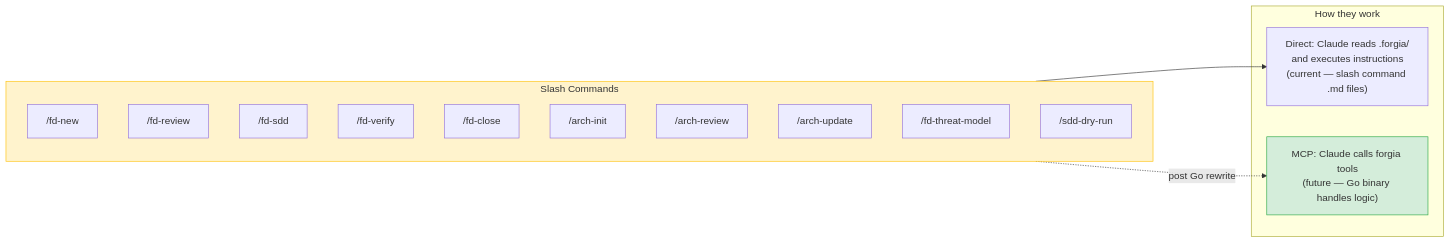
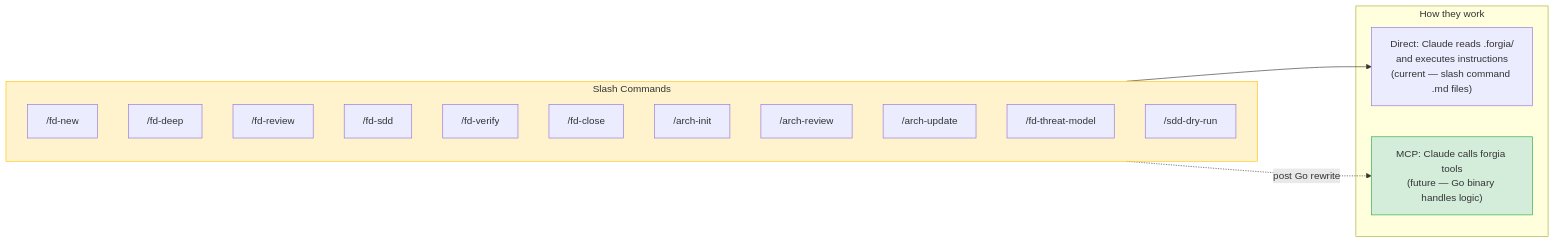
Before and after one commit to Forgia-Labs/forgia: diagram 11 of 13 in docs/functional-architecture.md, drawn with Mermaid. The commit also changed other lines of this file, not shown here.

First line of the commit message:
fix: resolve 10 inconsistencies in functional-architecture.md

````diff
--- a/docs/functional-architecture.md
+++ b/docs/functional-architecture.md
@@ -429,26 +498,27 @@
 ```mermaid
 flowchart LR
     subgraph skills ["Slash Commands"]
         FDNew["/fd-new"]
+        FDDeep["/fd-deep"]
         FDReview["/fd-review"]
         FDSDD["/fd-sdd"]
         FDVerify["/fd-verify"]
         FDClose["/fd-close"]
         ArchInit["/arch-init"]
         ArchReview["/arch-review"]
         ArchUpdate["/arch-update"]
         Threat["/fd-threat-model"]
         DryRun["/sdd-dry-run"]
     end
 
     subgraph modes ["How they work"]
         Direct["Direct: Claude reads .forgia/\nand executes instructions\n(current — slash command .md files)"]
         MCP_Mode["MCP: Claude calls forgia tools\n(future — Go binary handles logic)"]
     end
 
     skills --> Direct
     skills -.->|"post Go rewrite"| MCP_Mode
 
     style skills fill:#fff3cd,stroke:#ffc107
     style MCP_Mode fill:#d4edda,stroke:#28a745
 ```
````
